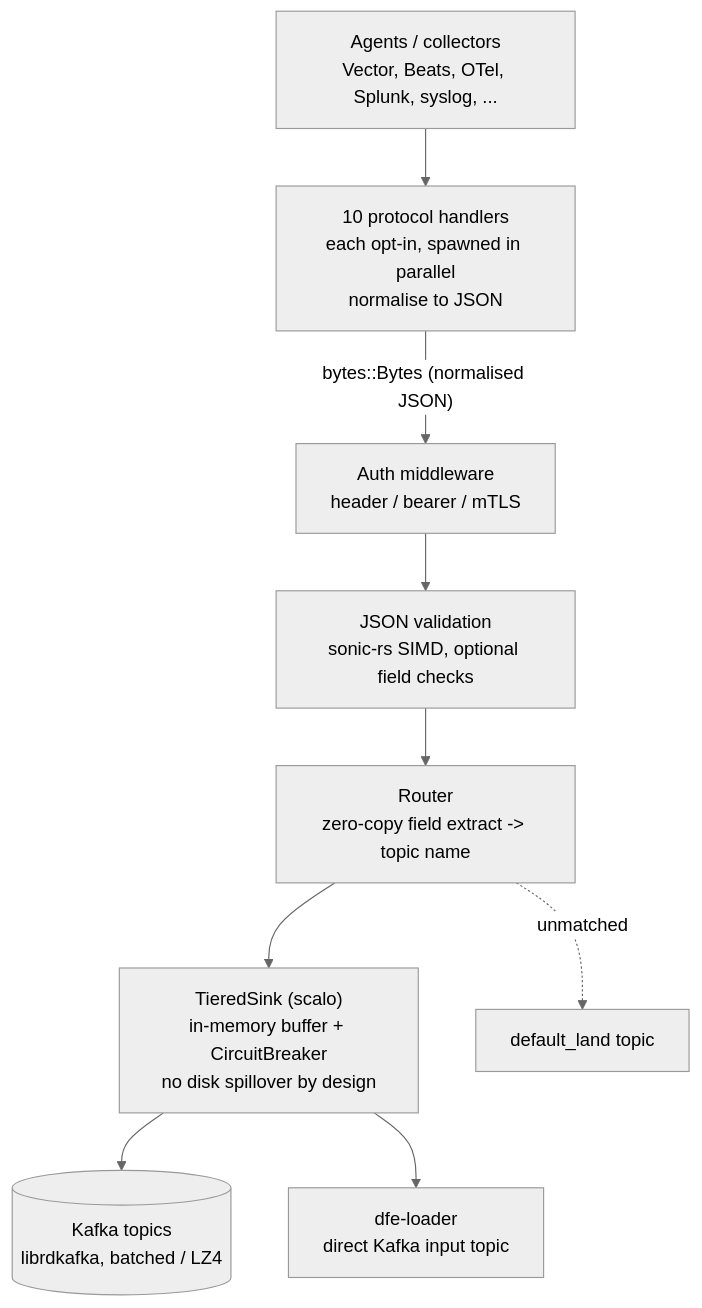
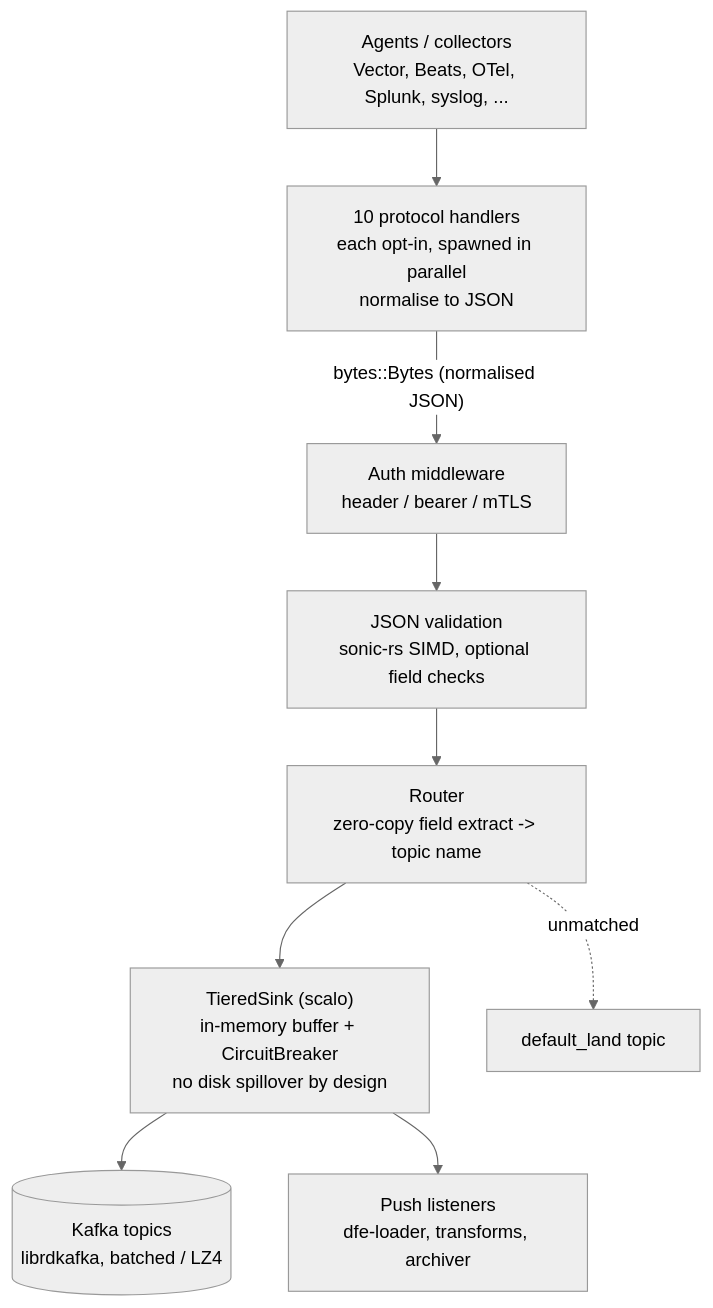
One commit to hyperi-io/dfe-receiver changed the diagram in README.md. Above: the diagram before and after it, drawn with Mermaid (neutral theme). The commit also changed 33 other files, not shown here.

````diff
--- a/README.md
+++ b/README.md
@@ -232,12 +232,12 @@
 ```mermaid
 flowchart TB
     SRC["Agents / collectors<br/>Vector, Beats, OTel, Splunk, syslog, ..."]
     SRC --> H["10 protocol handlers<br/>each opt-in, spawned in parallel<br/>normalise to JSON"]
     H -->|"bytes::Bytes (normalised JSON)"| AUTH["Auth middleware<br/>header / bearer / mTLS"]
     AUTH --> VAL["JSON validation<br/>sonic-rs SIMD, optional field checks"]
     VAL --> RT["Router<br/>zero-copy field extract -> topic name"]
     RT --> TS["TieredSink (scalo)<br/>in-memory buffer + CircuitBreaker<br/>no disk spillover by design"]
     TS --> KAFKA[("Kafka topics<br/>librdkafka, batched / LZ4")]
-    TS --> LOADER["dfe-loader<br/>direct Kafka input topic"]
+    TS --> GRPC["Push listeners<br/>dfe-loader, transforms, archiver"]
     RT -. unmatched .-> DEF["default_land topic"]
 ```
````
